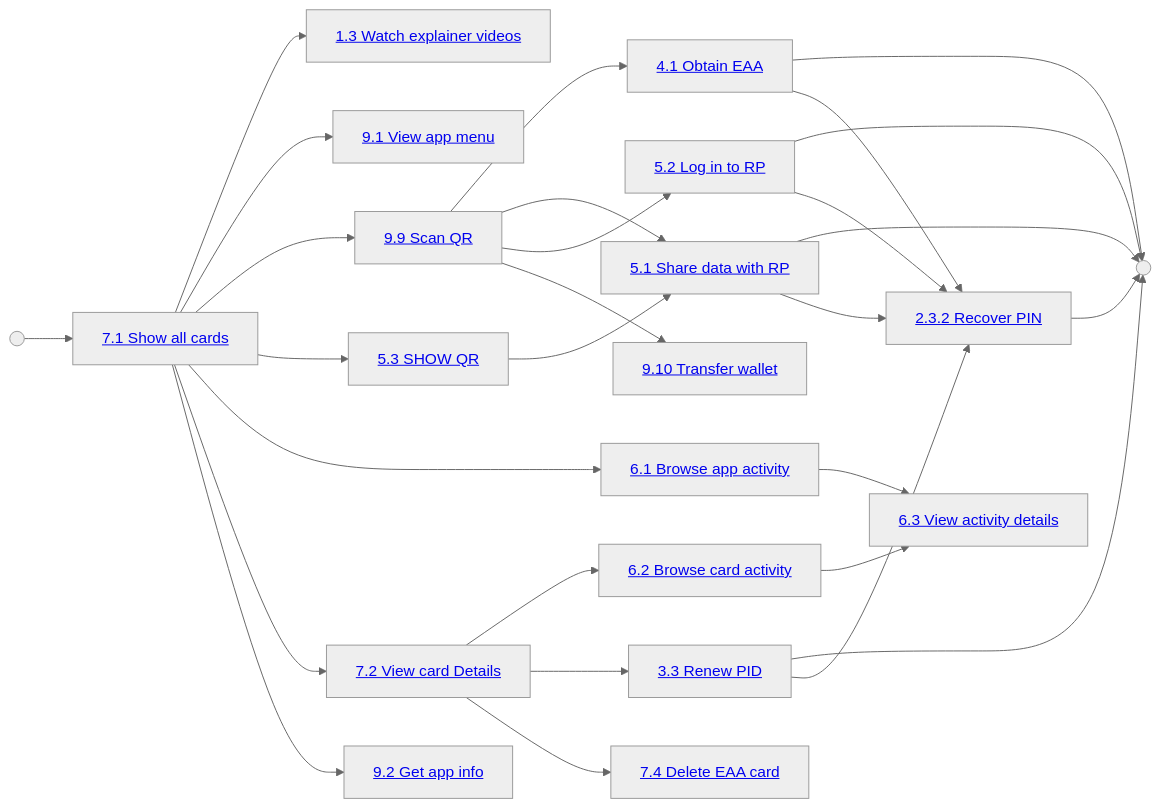
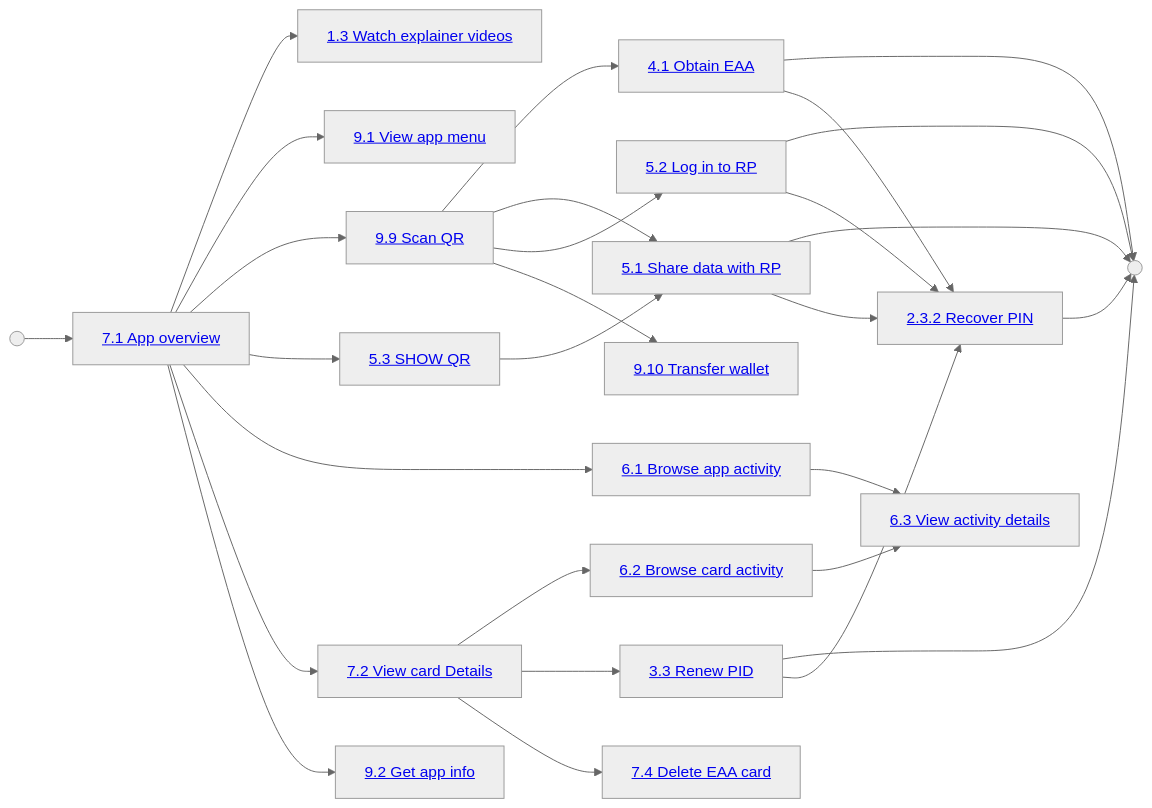
Before and after one commit to MinBZK/nl-wallet: the second of 3 diagrams in wallet_docs/functional-design/use-case-overview.md, drawn with Mermaid (neutral theme). The commit also changed other lines of this file and 32 other files, not shown here.

````diff
--- a/wallet_docs/functional-design/use-case-overview.md
+++ b/wallet_docs/functional-design/use-case-overview.md
@@ -61,68 +61,68 @@
 ```{mermaid}
 flowchart LR
 START((" "))
 END((" "))
 APP_TOUR["<a href='use-cases/UC1.3_AppTour.html'>1.3 Watch explainer videos</a>"]
 
 OBTAIN_CARDS["<a href='use-cases/UC4.1_ObtainCardsFromEAAIssuer.html'>4.1 Obtain EAA</a>"]
 
 SHARE["<a href='use-cases/UC5.1_ShareDataWithRP.html'>5.1 Share data with RP</a>"]
 LOGIN["<a href='use-cases/UC5.2_LoginToApplicationOfRP.html'>5.2 Log in to RP</a>"]
 
 ALL_HISTORY["<a href='use-cases/UC6.1_ShowCompleteUsageAndManagementHistory.html'>6.1 Browse app activity</a>"]
 CARD_HISTORY["<a href='use-cases/UC6.2_ShowUsageAndManagementHistoryOfCard.html'>6.2 Browse card activity</a>"]
 HISTORY_EVENT["<a href='use-cases/UC6.3_ShowHistoryEvent.html'>6.3 View activity details</a>"]
 
-ALL_CARDS["<a href='use-cases/UC7.1_ShowAllAvailableCards.html'>7.1 Show all cards</a>"]
+ALL_CARDS["<a href='use-cases/UC7.1_AppOverview.html'>7.1 App overview</a>"]
 CARD["<a href='use-cases/UC7.2_ShowCardDetails.html'>7.2 View card Details</a>"]
 
 MENU["<a href='use-cases/UC9.1_ShowAppMenu.html'>9.1 View app menu</a>"]
 APP_INFO["<a href='use-cases/UC9.2_GetAppInformation.html'>9.2 Get app info</a>"]
 SCAN_QR["<a href='use-cases/UC9.9_ScanQR.html'>9.9 Scan QR</a>"]
 SHOW_QR["<a href='use-cases/UC5.3_ShowQR.html'>5.3 SHOW QR</a>"]
 TRANSFER["<a href='use-cases/UC9.10_TransferWallet.html'>9.10 Transfer wallet</a>"]
 
 RECOVER_PIN["<a href='use-cases/UC2.3.2_RecoverPIN.html'>2.3.2 Recover PIN</a>"]
 RENEW_PID["<a href='use-cases/UC3.2_RenewPid.html'>3.3 Renew PID</a>"]
 DELETE_CARD["<a href='use-cases/UC7.4_DeleteEAACard.html'>7.4 Delete EAA card</a>"]
 
 START --> ALL_CARDS
 
 ALL_CARDS --> APP_TOUR
 ALL_CARDS --> MENU
 ALL_CARDS --> SCAN_QR
 ALL_CARDS --> SHOW_QR
 ALL_CARDS --> ALL_HISTORY
 ALL_CARDS --> CARD
 ALL_CARDS --> APP_INFO
 
 OBTAIN_CARDS --> END
 OBTAIN_CARDS --> RECOVER_PIN
 
 SHARE --> END
 SHARE --> RECOVER_PIN
 
 LOGIN --> END
 LOGIN --> RECOVER_PIN
 
 RECOVER_PIN --> END
 
 SCAN_QR --> OBTAIN_CARDS
 SCAN_QR --> SHARE
 SCAN_QR --> LOGIN
 SCAN_QR --> TRANSFER
 
 SHOW_QR --> SHARE
 
 ALL_HISTORY --> HISTORY_EVENT
 
 CARD_HISTORY --> HISTORY_EVENT
 
 CARD --> CARD_HISTORY
 CARD --> RENEW_PID
 CARD --> DELETE_CARD
 
 RENEW_PID --> END
 RENEW_PID --> RECOVER_PIN
 
 ```
````
